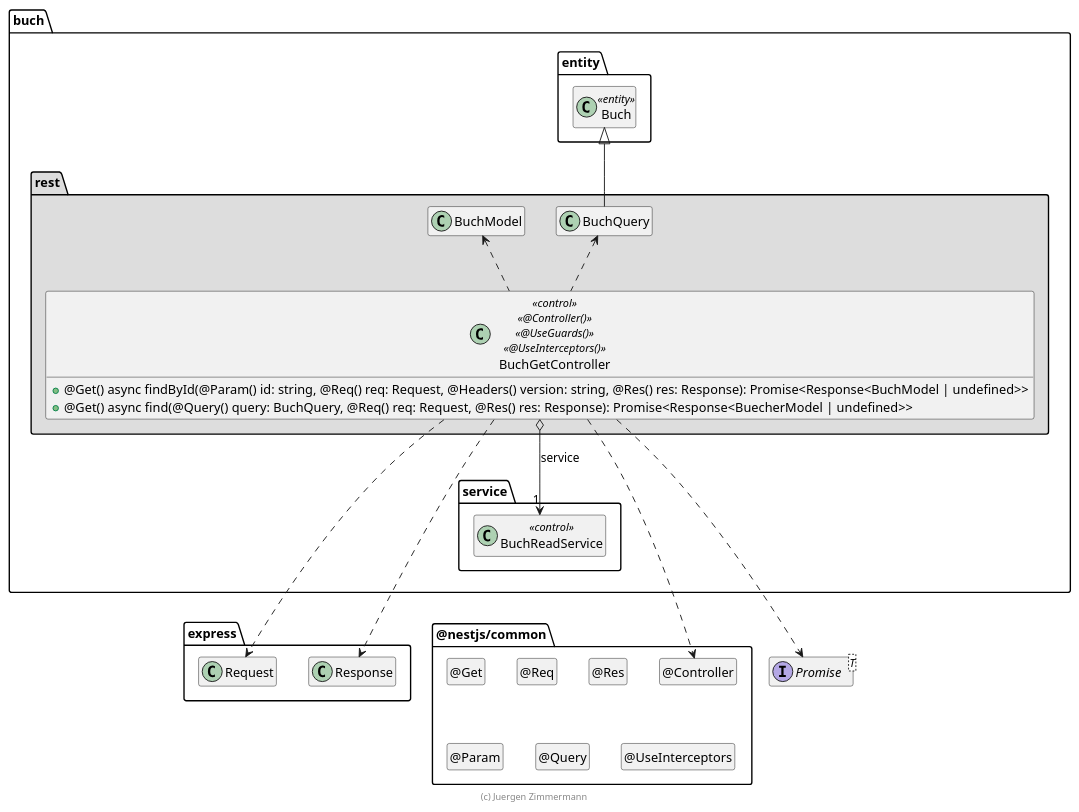
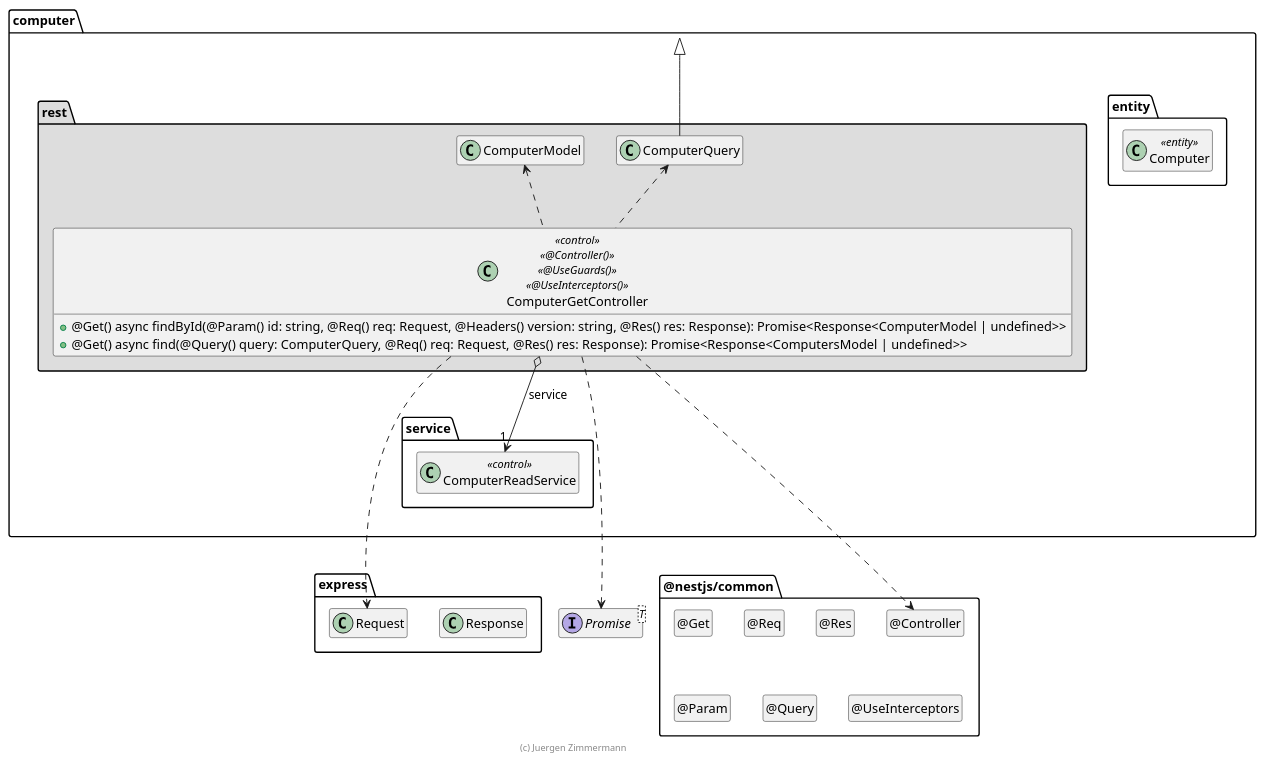
The diagram in extras/doc/entwicklerhandbuch/BuchGetController.plantuml (Wichlee/computer), drawn with PlantUML before and after one commit.

Commit message:
modified GetController UML

```diff
--- a/extras/doc/entwicklerhandbuch/BuchGetController.plantuml
+++ b/extras/doc/entwicklerhandbuch/BuchGetController.plantuml
@@ -18,74 +18,73 @@
 @startuml Controller-Klasse
 
 interface Promise<T>
 
 package @nestjs/common {
   class "@Controller" as Controller
   hide Controller circle
 
   class "@Get" as Get
   hide Get circle
 
   class "@Req" as Req
   hide Req circle
 
   class "@Res" as Res
   hide Res circle
 
   class "@Param" as Param
   hide Param circle
 
   class "@Query" as Query
   hide Query circle
 
   class "@UseInterceptors" as UseInterceptors
   hide UseInterceptors circle
 }
 
 package express {
   class Request
   class Response
 
   Response .[hidden].> Controller
 }
 
-package buch {
+package computer {
   package entity #FFFFFF {
-    class Buch <<entity>>
+    class Computer <<entity>>
 
-    Buch .[hidden].> Promise
-    Buch .[hidden].> Request
+    Computer .[hidden].> Promise
+    Computer .[hidden].> Request
   }
 
   package service {
-    class BuchReadService << control >>
+    class ComputerReadService << control >>
   }
 
   package rest #DDDDDD {
-    BuchQuery -up-|> Buch
+    ComputerQuery -up-|> computer
 
-    class BuchGetController << control >> << @Controller() >> << @UseGuards() >> << @UseInterceptors() >> {
-      + @Get() async findById(@Param() id: string, @Req() req: Request, @Headers() version: string, @Res() res: Response): Promise<Response<BuchModel | undefined>>
-      + @Get() async find(@Query() query: BuchQuery, @Req() req: Request,  @Res() res: Response): Promise<Response<BuecherModel | undefined>>
+    class ComputerGetController << control >> << @Controller() >> << @UseGuards() >> << @UseInterceptors() >> {
+      + @Get() async findById(@Param() id: string, @Req() req: Request, @Headers() version: string, @Res() res: Response): Promise<Response<ComputerModel | undefined>>
+      + @Get() async find(@Query() query: ComputerQuery, @Req() req: Request,  @Res() res: Response): Promise<Response<ComputersModel | undefined>>
     }
 
-    BuchGetController o--> "1" BuchReadService : service
+    ComputerGetController o--> "1" ComputerReadService : service
 
-    BuchGetController ..> Controller
-    BuchGetController ..> Request
-    BuchGetController ..> Response
-    BuchGetController ..> Promise
-    BuchGetController .up.> BuchModel
-    BuchGetController .up.> BuchQuery
+    ComputerGetController ..> Controller
+    ComputerGetController ..> Request
+    ComputerGetController ..> Promise
+    ComputerGetController .up.> ComputerModel
+    ComputerGetController .up.> ComputerQuery
 
-    BuchReadService .[hidden].> Request
-    BuchReadService .[hidden].> Promise
+    ComputerReadService .[hidden].> Request
+    ComputerReadService .[hidden].> Promise
     Response .right[hidden].> Controller
   }
 }
 
 hide empty members
 
 footer (c) Juergen Zimmermann
 
 @enduml
```
